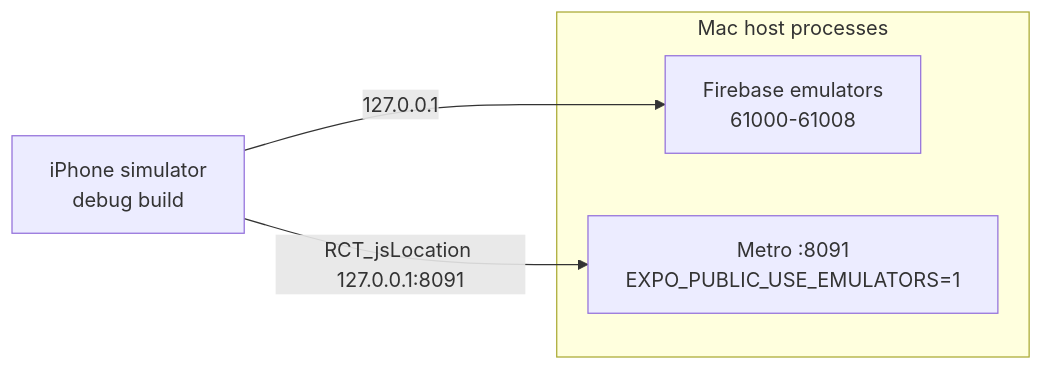
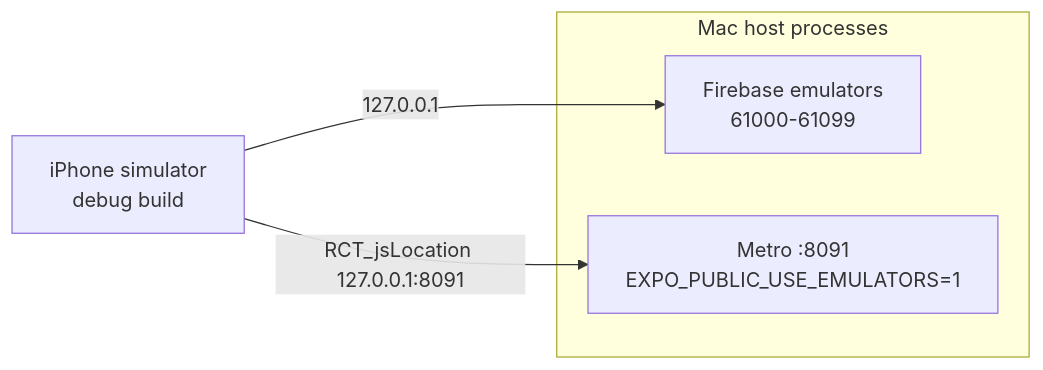
The first of 2 diagrams in docs/IOS-BUILD.md (Sabeel-Institute/sabeel-institute-time-tracker), drawn with Mermaid before and after one commit. The commit also changed other lines of this file and 10 other files, not shown here.

````diff
--- a/docs/IOS-BUILD.md
+++ b/docs/IOS-BUILD.md
@@ -97,9 +97,9 @@
 ```mermaid
 flowchart LR
   subgraph mac["Mac host processes"]
-    EMU["Firebase emulators<br/>61000-61008"]
+    EMU["Firebase emulators<br/>61000-61099"]
     METRO["Metro :8091<br/>EXPO_PUBLIC_USE_EMULATORS=1"]
   end
   SIM["iPhone simulator<br/>debug build"] -->|"127.0.0.1"| EMU
   SIM -->|"RCT_jsLocation 127.0.0.1:8091"| METRO
 ```
````
